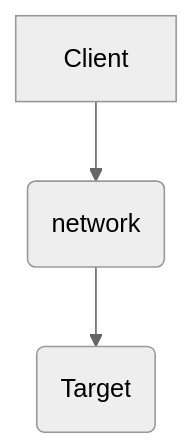
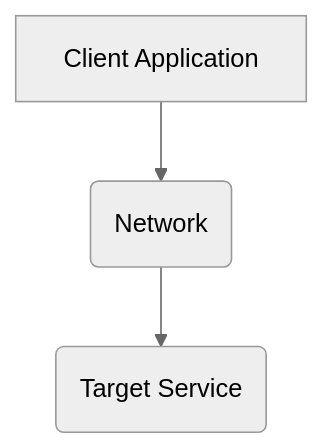
One commit to viktorzavadil/speedtest changed the first of 2 diagrams in README.md. Above: the diagram before and after it, drawn with Mermaid. The commit also changed other lines of this file and 3 other files, not shown here.

````diff
--- a/README.md
+++ b/README.md
@@ -7,9 +11,9 @@
 ```mermaid
 ---
 config:
   theme: neutral
 ---
 graph TD
-    C[Client] --> N(network)
-    N --> T(Target)
+    C[Client Application] --> N(Network)
+    N --> T(Target Service)
 ```
````
